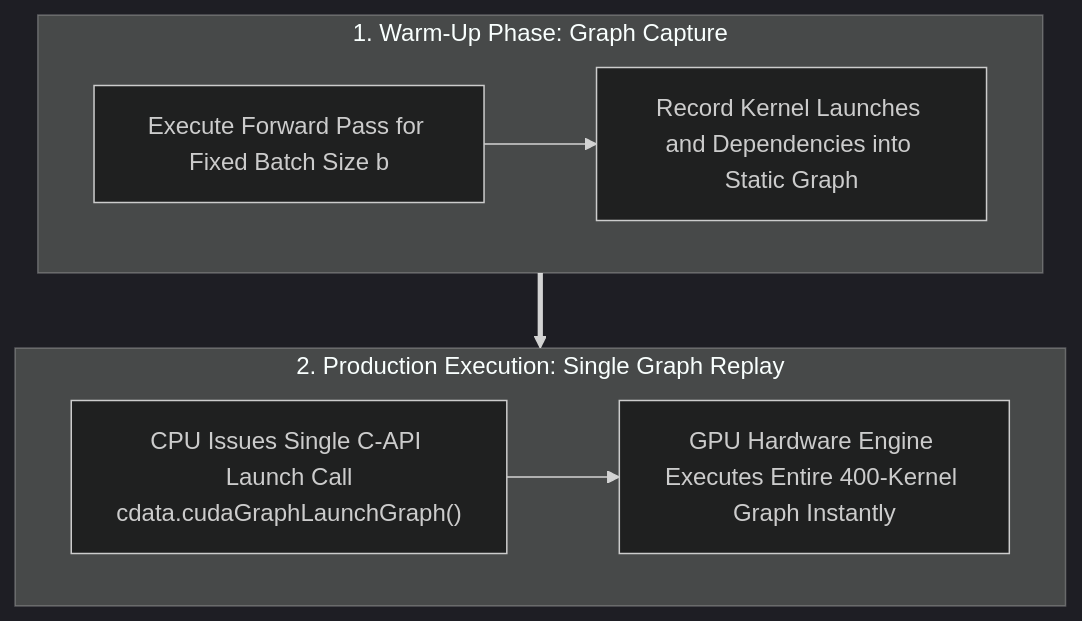
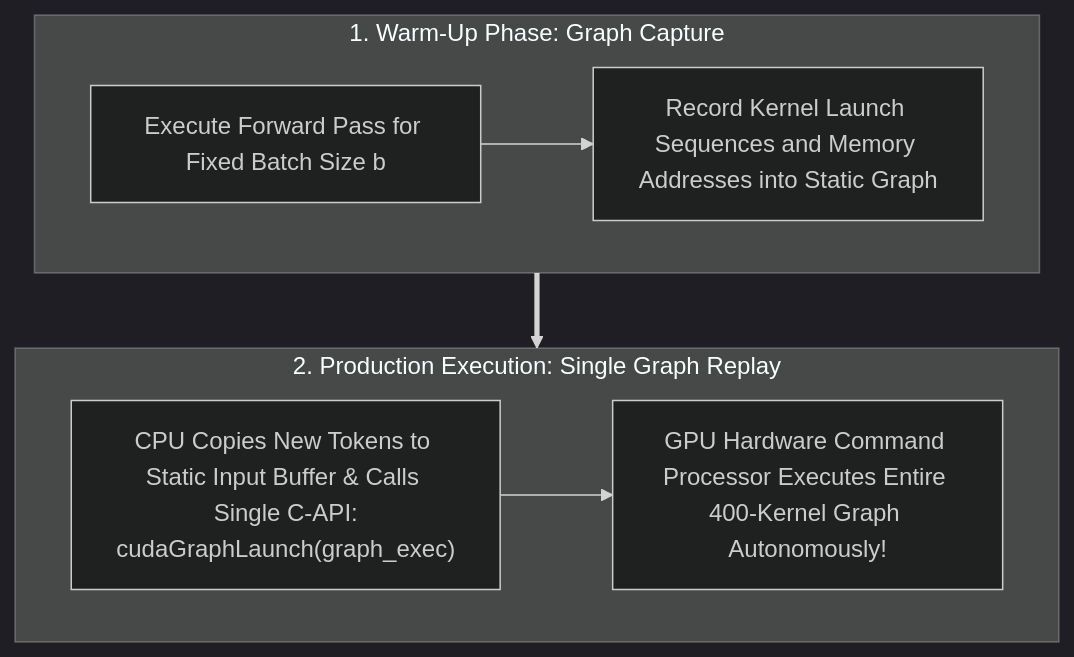
One commit to Marinette101/vllm-learning-notes changed the sixth of 11 diagrams in docs/en/03_performance_and_quality.md. Above: the diagram before and after it, drawn with Mermaid (dark theme). The commit also changed other lines of this file, not shown here.

Commit message:
Refine Section 3.2.1 with explicit explanation of pre-recorded kernel function entry points and static memory pointers

````diff
--- a/docs/en/03_performance_and_quality.md
+++ b/docs/en/03_performance_and_quality.md
@@ -343,12 +348,12 @@
 ```mermaid
 flowchart TD
     subgraph CAPTURE ["1. Warm-Up Phase: Graph Capture"]
-        C_EXEC["Execute Forward Pass for Fixed Batch Size b"] --> C_REC["Record Kernel Launches and Dependencies into Static Graph"]
+        C_EXEC["Execute Forward Pass for Fixed Batch Size b"] --> C_REC["Record Kernel Launch Sequences and Memory Addresses into Static Graph"]
     end
 
     subgraph REPLAY ["2. Production Execution: Single Graph Replay"]
-        R_LAUNCH["CPU Issues Single C-API Launch Call<br>cdata.cudaGraphLaunchGraph()"] --> R_GPU["GPU Hardware Engine Executes Entire 400-Kernel Graph Instantly"]
+        R_LAUNCH["CPU Copies New Tokens to Static Input Buffer & Calls Single C-API:<br>cudaGraphLaunch(graph_exec)"] --> R_GPU["GPU Hardware Command Processor Executes Entire 400-Kernel Graph Autonomously!"]
     end
 
     CAPTURE ==> REPLAY
 ```
````
